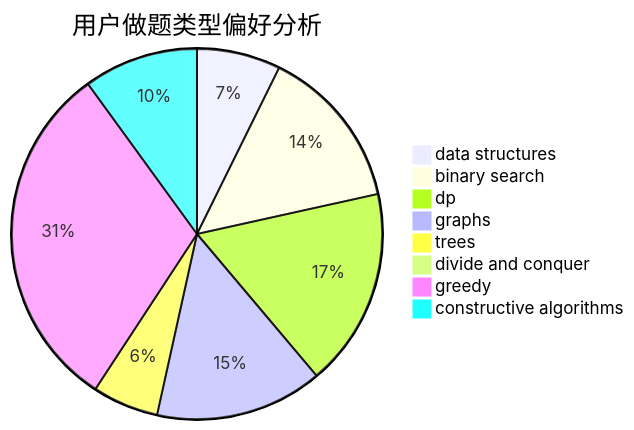
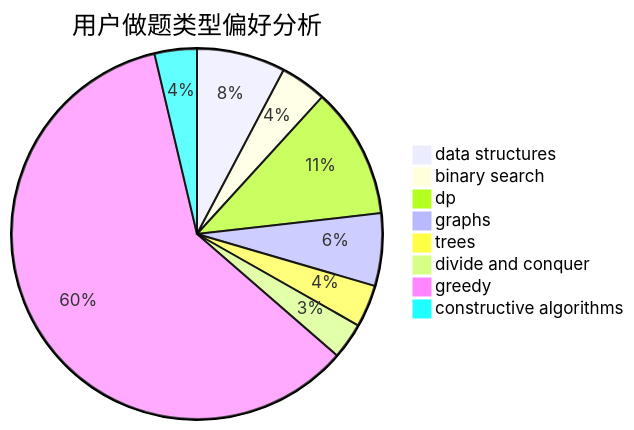
The second of 3 diagrams in docs/user/u613.md (sherpahu/cfrs.github.io), drawn with Mermaid before and after one commit. The commit also changed other lines of this file and 2770 other files, not shown here.

````diff
--- a/docs/user/u613.md
+++ b/docs/user/u613.md
@@ -23,11 +23,11 @@
 ```mermaid
 pie title 用户做题类型偏好分析
-    "data structures" :  19
-    "binary search" :  37
-    "dp" :  45
-    "graphs" :  38
-    "trees" :  15
-    "divide and conquer" :  0
-    "greedy" :  80
-    "constructive algorithms" :  26
+    "data structures" :  44
+    "binary search" :  23
+    "dp" :  65
+    "graphs" :  36
+    "trees" :  21
+    "divide and conquer" :  18
+    "greedy" :  341
+    "constructive algorithms" :  21
 ```
````
